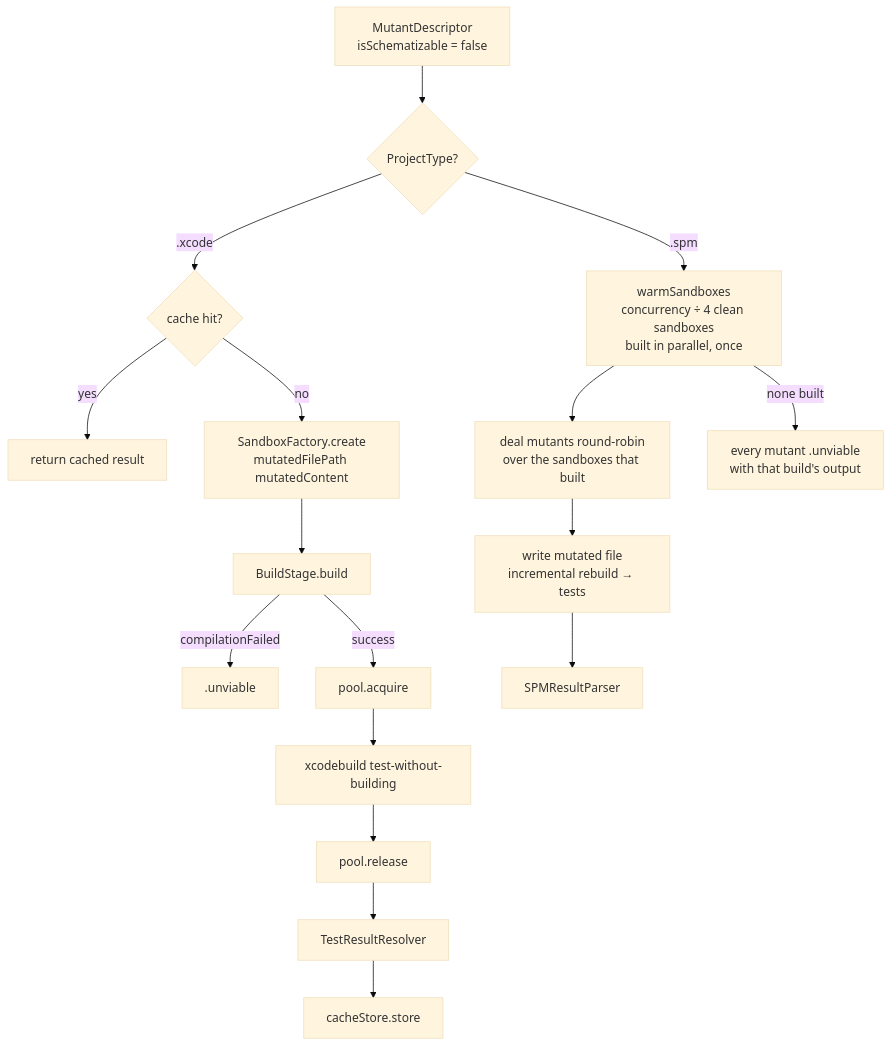
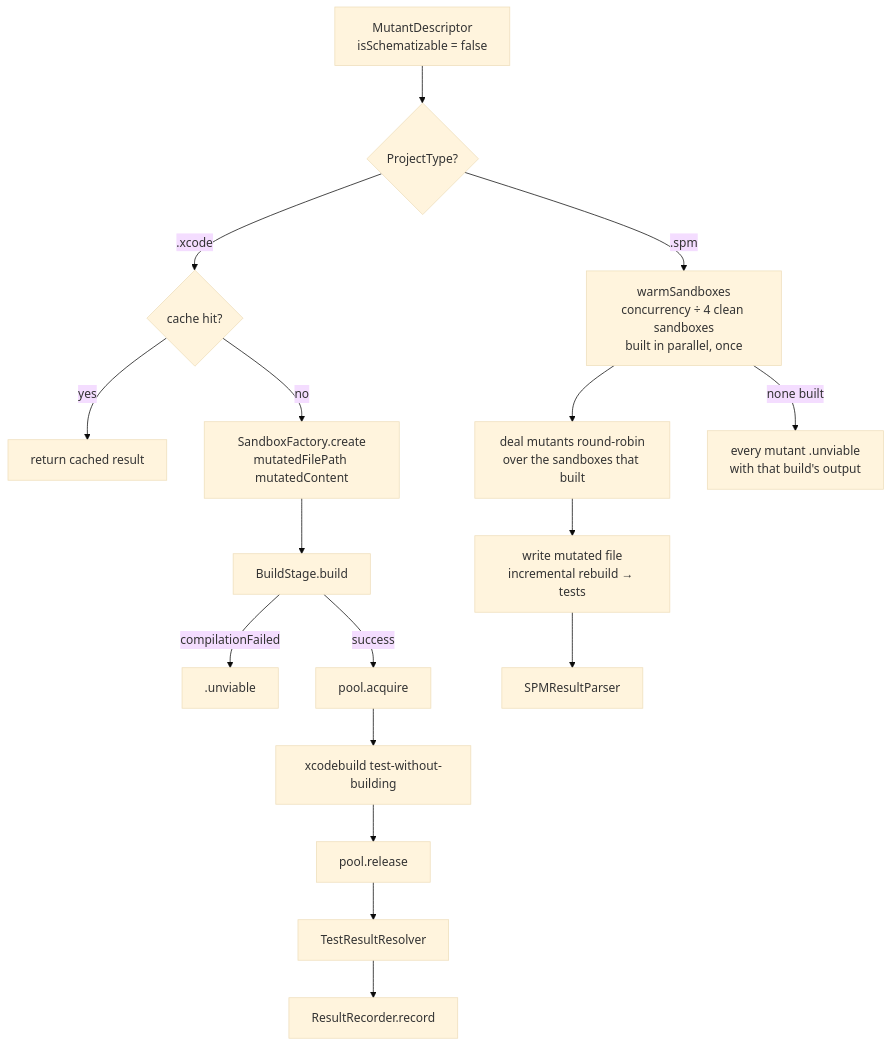
One commit to C24-Bank/swift-mutation-testing changed the sixth of 6 diagrams in Docs/CodeBase/07-execution.md. Above: the diagram before and after it, drawn with Mermaid (base theme). The commit also changed other lines of this file and 11 other files, not shown here.

````diff
--- a/Docs/CodeBase/07-execution.md
+++ b/Docs/CodeBase/07-execution.md
@@ -441,19 +534,19 @@
 ```mermaid
 flowchart TD
     MUTANT[MutantDescriptor\nisSchematizable = false] --> PT{ProjectType?}
     PT -- .xcode --> CACHE{cache hit?}
     CACHE -- yes --> CACHED[return cached result]
     CACHE -- no --> SF[SandboxFactory.create\nmutatedFilePath mutatedContent]
     SF --> BS[BuildStage.build]
     BS -- compilationFailed --> UNVIABLE[.unviable]
     BS -- success --> SLOT[pool.acquire]
     SLOT --> LAUNCH[xcodebuild test-without-building]
     LAUNCH --> RELEASE[pool.release]
     RELEASE --> PARSE[TestResultResolver]
-    PARSE --> STORE[cacheStore.store]
+    PARSE --> STORE[ResultRecorder.record]
     PT -- .spm --> WARM[warmSandboxes\nconcurrency ÷ 4 clean sandboxes\nbuilt in parallel, once]
     WARM --> DEAL[deal mutants round-robin\nover the sandboxes that built]
     DEAL --> WRITE[write mutated file\nincremental rebuild → tests]
     WRITE --> SPMPARSE[SPMResultParser]
     WARM -- none built --> ALLUNVIABLE[every mutant .unviable\nwith that build's output]
 ```
````
